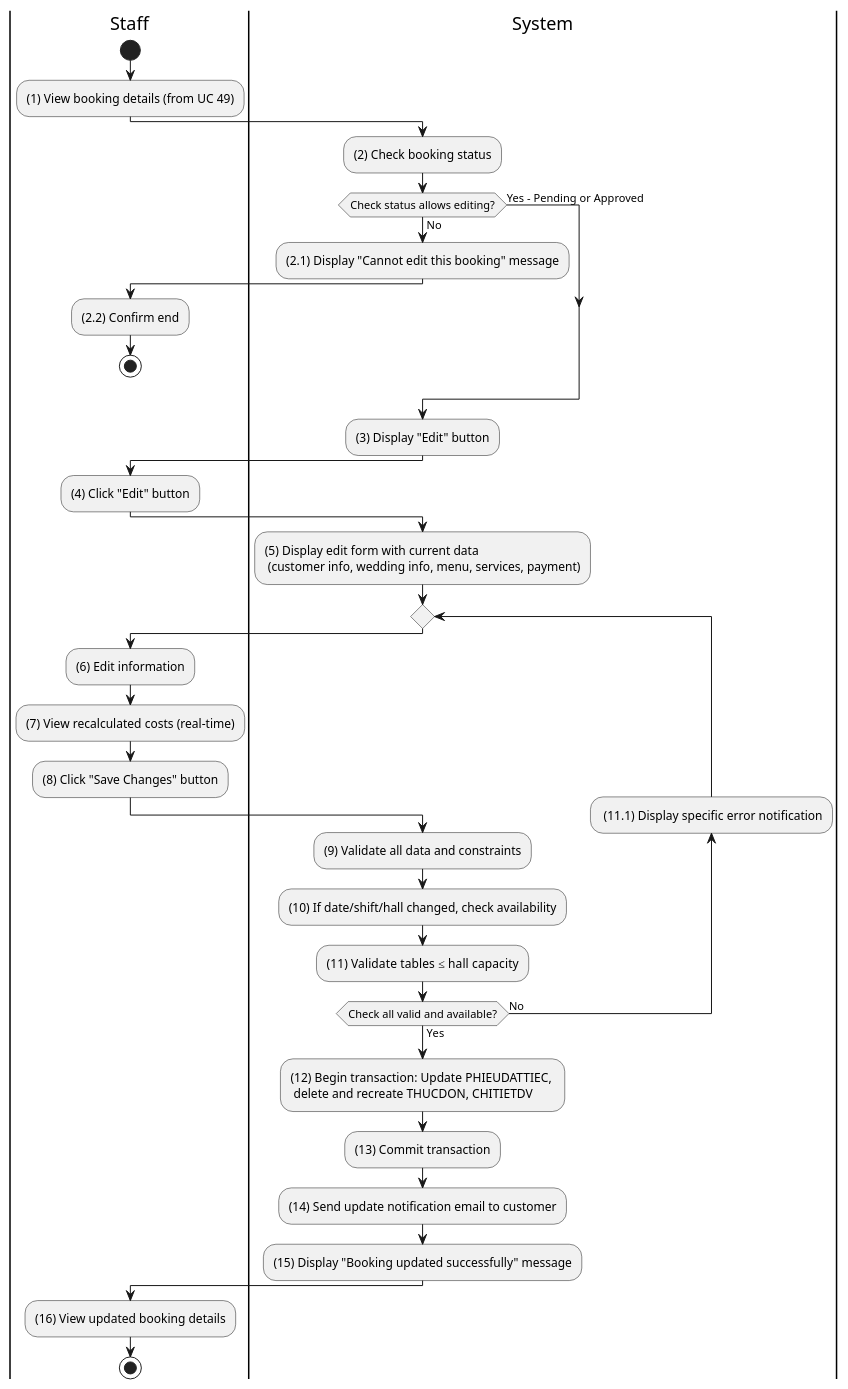
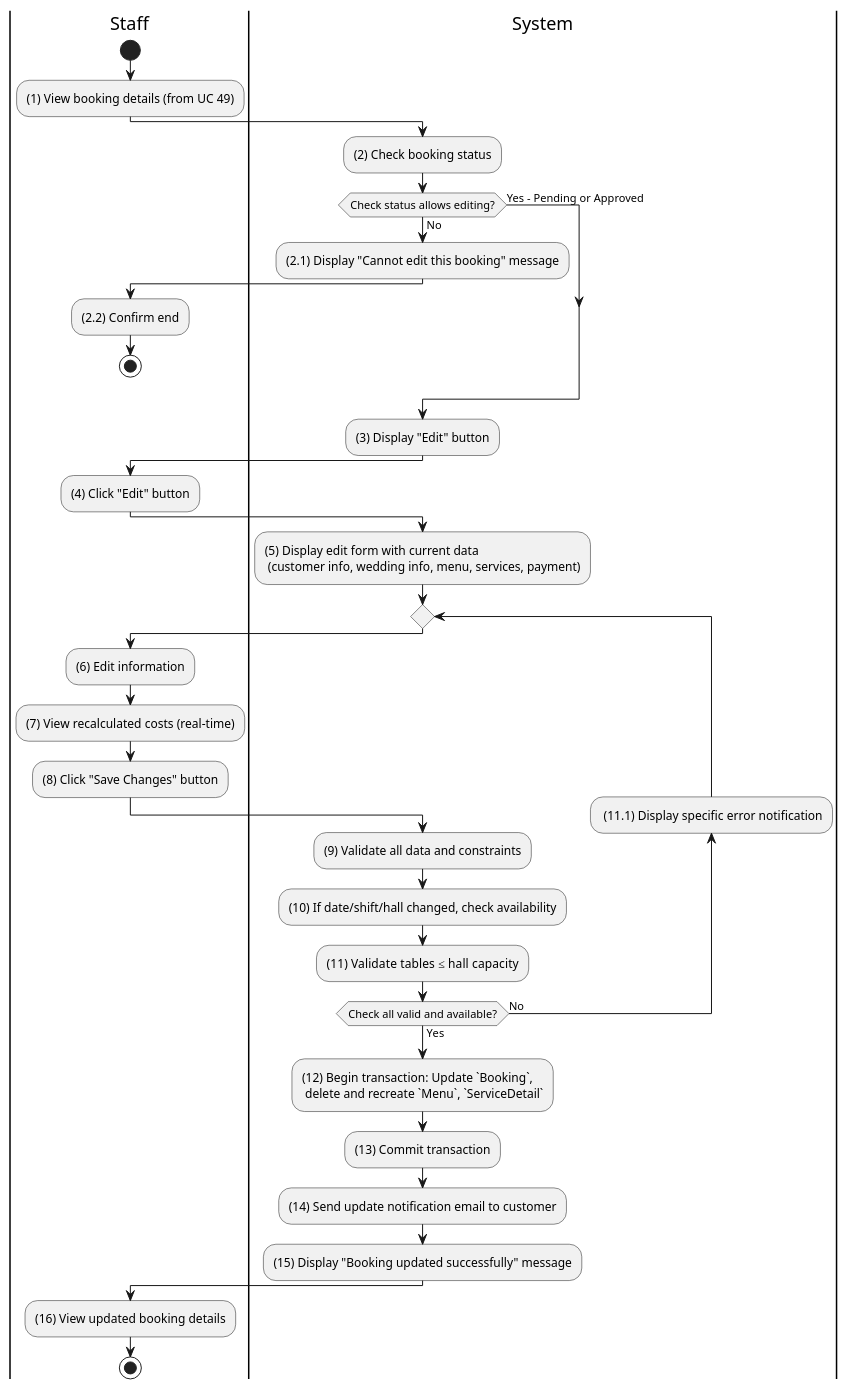
Before and after one commit to se113-wm/se113-wm.github.io: the diagram in docs/docs/activity for wedding management system/manage-bookings/modify-booking-details.md, drawn with PlantUML. The commit also changed 64 other files, not shown here.

````diff
--- a/docs/docs/activity for wedding management system/manage-bookings/modify-booking-details.md
+++ b/docs/docs/activity for wedding management system/manage-bookings/modify-booking-details.md
@@ -3,56 +3,56 @@
 ```plantuml
 @startuml
 |S|Staff
 |Sys|System
 
 |S|
 start
 
 :(1) View booking details (from UC 49);
 
 |Sys|
 :(2) Check booking status;
 
 if (Check status allows editing?) then (No)
 	:(2.1) Display "Cannot edit this booking" message;
 	|S|
 	:(2.2) Confirm end;
 	stop
 else (Yes - Pending or Approved)
 endif
 
 |Sys|
 :(3) Display "Edit" button;
 
 |S|
 :(4) Click "Edit" button;
 
 |Sys|
 :(5) Display edit form with current data \n (customer info, wedding info, menu, services, payment);
 
 repeat
 	|S|
 	:(6) Edit information;
 	:(7) View recalculated costs (real-time);
 	:(8) Click "Save Changes" button;
 
 	|Sys|
 	:(9) Validate all data and constraints;
 	:(10) If date/shift/hall changed, check availability;
 	:(11) Validate tables ≤ hall capacity;
 	backward: (11.1) Display specific error notification;
 repeat while (Check all valid and available?) is (No) not (Yes)
 
 |Sys|
-:(12) Begin transaction: Update PHIEUDATTIEC, \n delete and recreate THUCDON, CHITIETDV;
+:(12) Begin transaction: Update `Booking`, \n delete and recreate `Menu`, `ServiceDetail`;
 :(13) Commit transaction;
 :(14) Send update notification email to customer;
 :(15) Display "Booking updated successfully" message;
 
 |S|
 :(16) View updated booking details;
 
 stop
 
 @enduml
 ```
````
